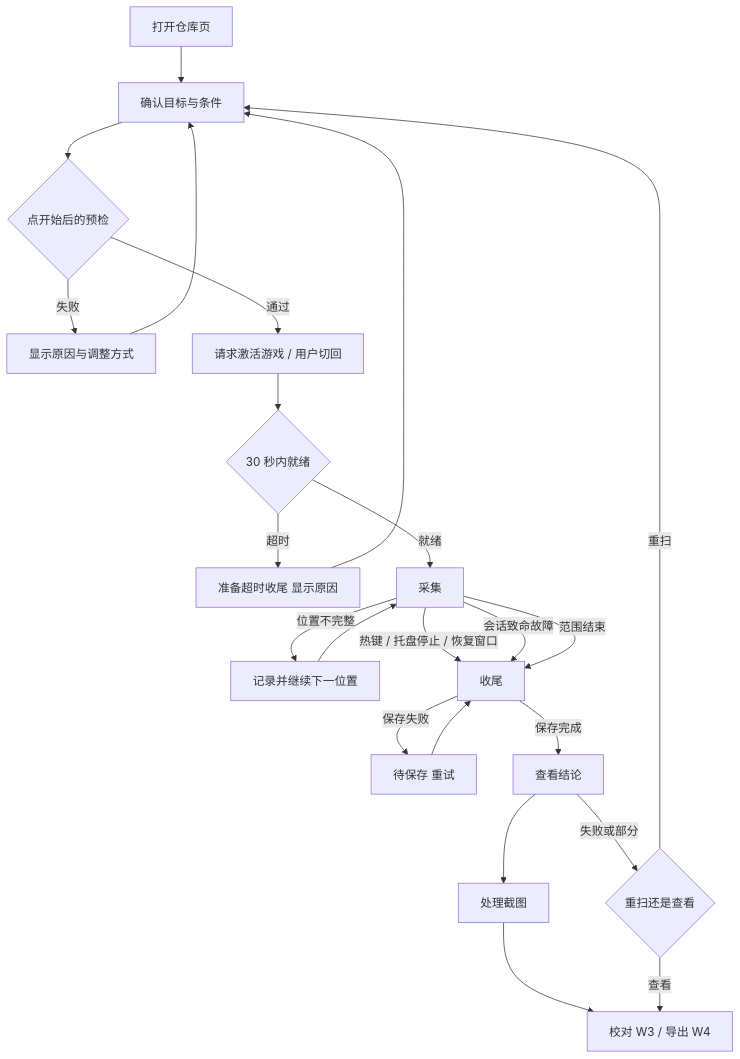
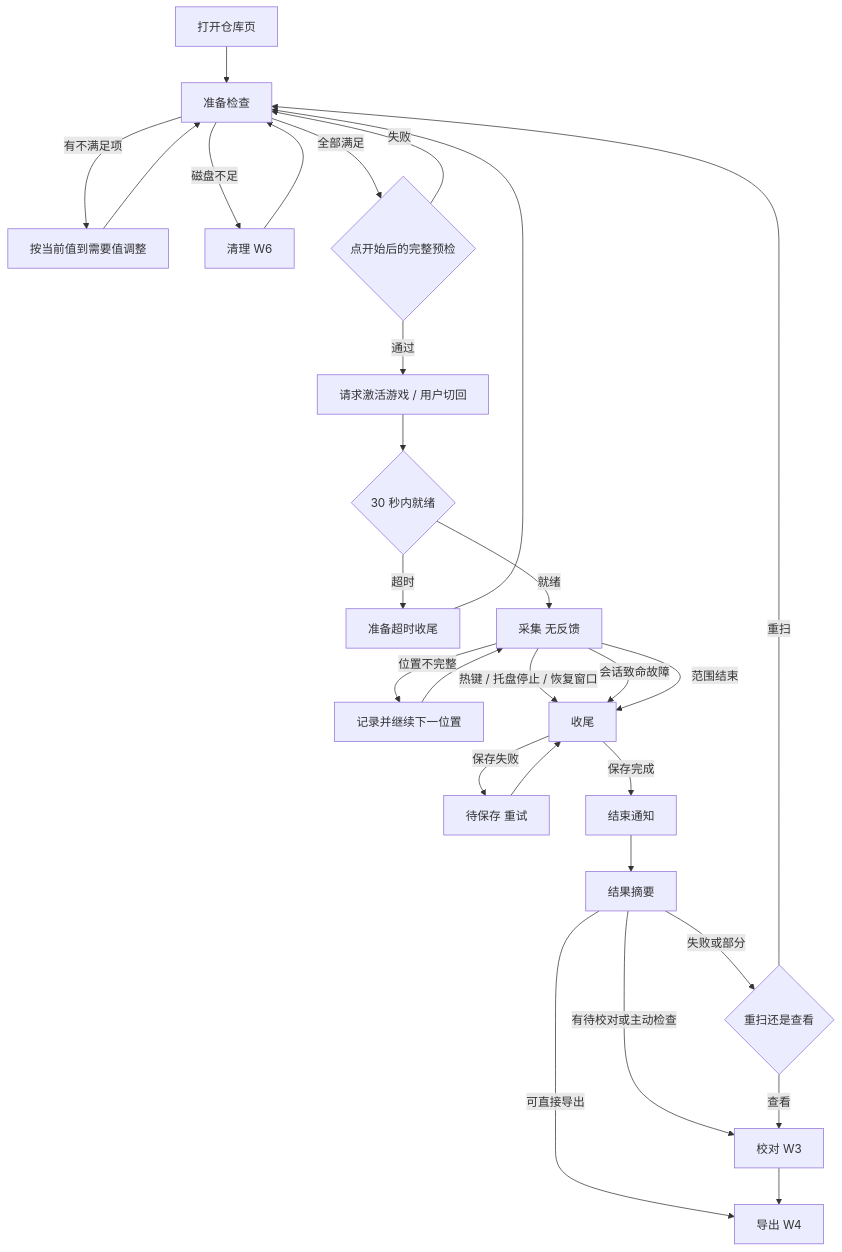
Before and after one commit to LoTwT/youkai: the fifth of 11 diagrams in docs/design/uiux-2026-11/03-journeys-windows.md, drawn with Mermaid. The commit also changed other lines of this file and 7 other files, not shown here.

````diff
--- a/docs/design/uiux-2026-11/03-journeys-windows.md
+++ b/docs/design/uiux-2026-11/03-journeys-windows.md
@@ -154,20 +194,25 @@
 ```mermaid
 flowchart TD
-  A[打开仓库页] --> B[确认目标与条件]
-  B --> C{点开始后的预检}
-  C -->|失败| C1[显示原因与调整方式] --> B
+  A[打开仓库页] --> B[准备检查]
+  B -->|有不满足项| B1[按当前值到需要值调整] --> B
+  B -->|磁盘不足| CL[清理 W6] --> B
+  B -->|全部满足| C{点开始后的完整预检}
+  C -->|失败| B
   C -->|通过| D[请求激活游戏 / 用户切回]
   D --> E{30 秒内就绪}
-  E -->|超时| E1[准备超时收尾 显示原因] --> B
-  E -->|就绪| F[采集]
+  E -->|超时| E1[准备超时收尾] --> B
+  E -->|就绪| F[采集 无反馈]
   F -->|位置不完整| F1[记录并继续下一位置] --> F
   F -->|热键 / 托盘停止 / 恢复窗口| G[收尾]
   F -->|会话致命故障| G
   F -->|范围结束| G
   G -->|保存失败| G1[待保存 重试] --> G
-  G -->|保存完成| H[查看结论]
-  H --> I[处理截图] --> J[校对 W3 / 导出 W4]
+  G -->|保存完成| N[结束通知]
+  N --> H[结果摘要]
+  H -->|有待校对或主动检查| RV[校对 W3]
+  H -->|可直接导出| EX[导出 W4]
+  RV --> EX
   H -->|失败或部分| K{重扫还是查看}
   K -->|重扫| B
-  K -->|查看| J
+  K -->|查看| RV
 ```
````
